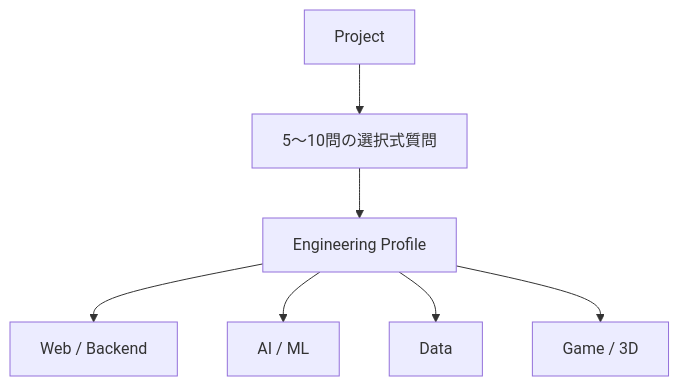
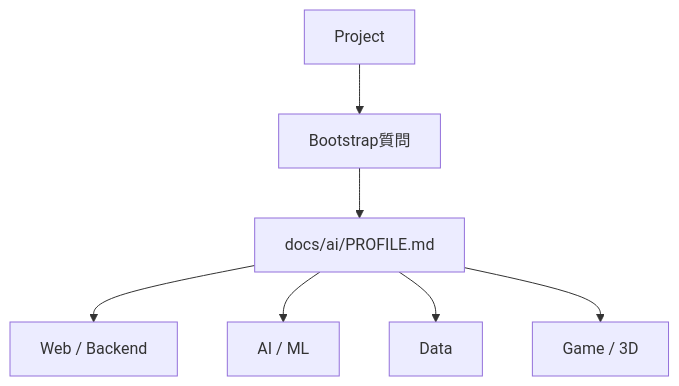
The diagram in README.ja.md (OptimisticPessimist/sentrith), drawn with Mermaid before and after one commit. The commit also changed other lines of this file and 57 other files, not shown here.

````diff
--- a/README.ja.md
+++ b/README.ja.md
@@ -67,9 +67,9 @@
 ```mermaid
 flowchart TD
-    P["Project"] --> Q["5〜10問の選択式質問"]
-    Q --> E["Engineering Profile"]
+    P["Project"] --> Q["Bootstrap質問"]
+    Q --> E["docs/ai/PROFILE.md"]
     E --> W["Web / Backend"]
     E --> A["AI / ML"]
     E --> D["Data"]
     E --> G["Game / 3D"]
 ```
````
